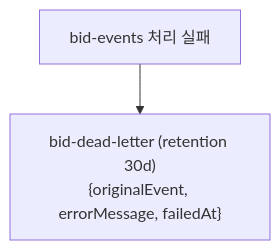
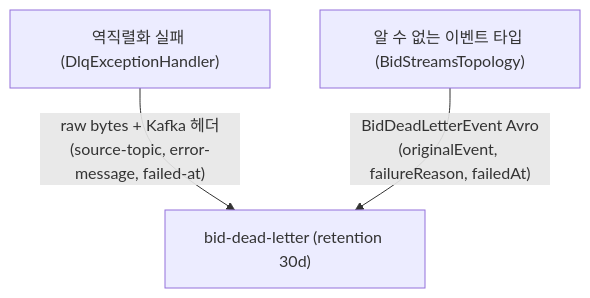
One commit to jaehoon9875/realtime-auction-service changed the second of 2 diagrams in docs/kafka.md. Above: the diagram before and after it, drawn with Mermaid. The commit also changed other lines of this file, not shown here.

Commit message:
docs: kafka.md DLQ 섹션에 BidDeadLetterEvent 스키마 및 라우팅 경로 반영

````diff
--- a/docs/kafka.md
+++ b/docs/kafka.md
@@ -145,7 +145,9 @@
 ```mermaid
 graph TD
-    BID["bid-events 처리 실패"]
-    DLQ["bid-dead-letter (retention 30d)<br/>{originalEvent, errorMessage, failedAt}"]
+    DESER["역직렬화 실패 (DlqExceptionHandler)"]
+    UNKNOWN["알 수 없는 이벤트 타입 (BidStreamsTopology)"]
+    DLQ["bid-dead-letter (retention 30d)"]
 
-    BID --> DLQ
+    DESER -->|"raw bytes + Kafka 헤더\n(source-topic, error-message, failed-at)"| DLQ
+    UNKNOWN -->|"BidDeadLetterEvent Avro\n(originalEvent, failureReason, failedAt)"| DLQ
 ```
````
